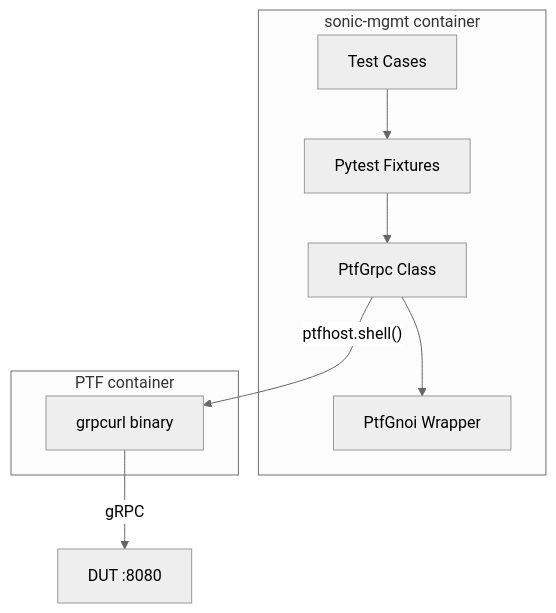
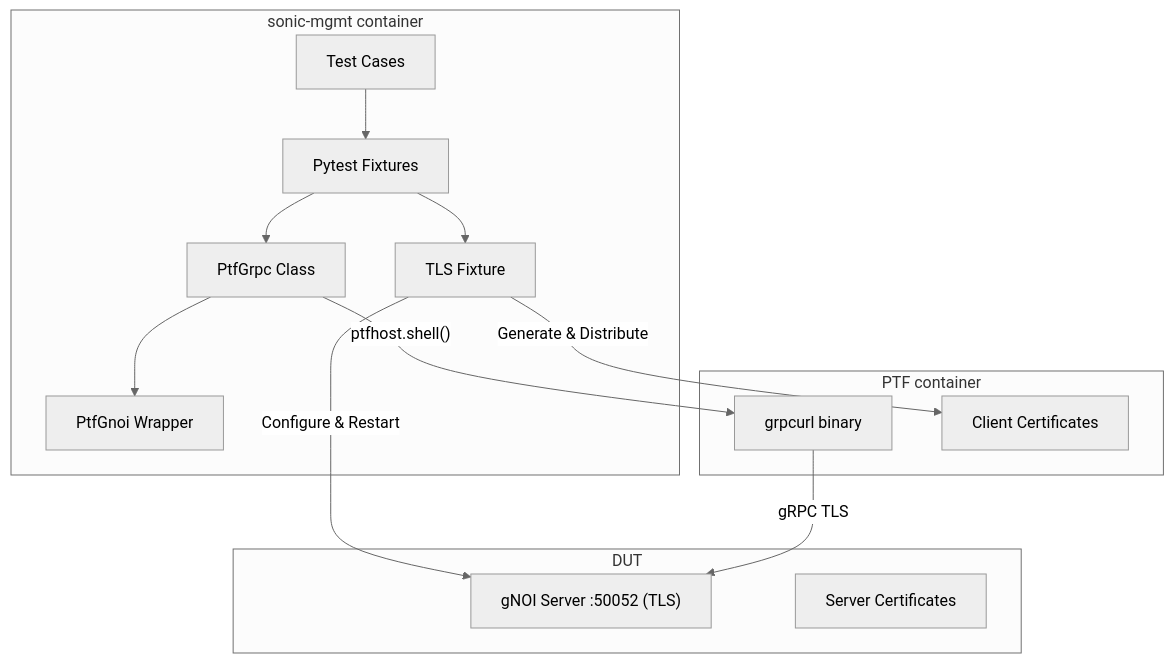
The diagram in docs/testplan/gnoi_client_library_design.md (sonic-net/sonic-mgmt), drawn with Mermaid (neutral theme) before and after one commit. The commit also changed other lines of this file and 2 other files, not shown here.

````diff
--- a/docs/testplan/gnoi_client_library_design.md
+++ b/docs/testplan/gnoi_client_library_design.md
@@ -72,22 +62,30 @@
 ```mermaid
 graph TB
     subgraph SM ["sonic-mgmt container"]
         TC["Test Cases"]
         PF["Pytest Fixtures"]
         PG["PtfGrpc Class"]
         PN["PtfGnoi Wrapper"]
+        TF["TLS Fixture"]
         
         TC --> PF
         PF --> PG
         PG --> PN
+        PF --> TF
     end
     
     subgraph PTF ["PTF container"]
         GC["grpcurl binary"]
+        CC["Client Certificates"]
     end
     
-    DUT["DUT :8080"]
+    subgraph DUT ["DUT"]
+        GS["gNOI Server :50052 (TLS)"]
+        SC["Server Certificates"]
+    end
     
+    TF -->|"Generate & Distribute"| CC
+    TF -->|"Configure & Restart"| GS
     PG -->|"ptfhost.shell()"| GC
-    GC -->|"gRPC"| DUT
+    GC -->|"gRPC TLS"| GS
 ```
````
